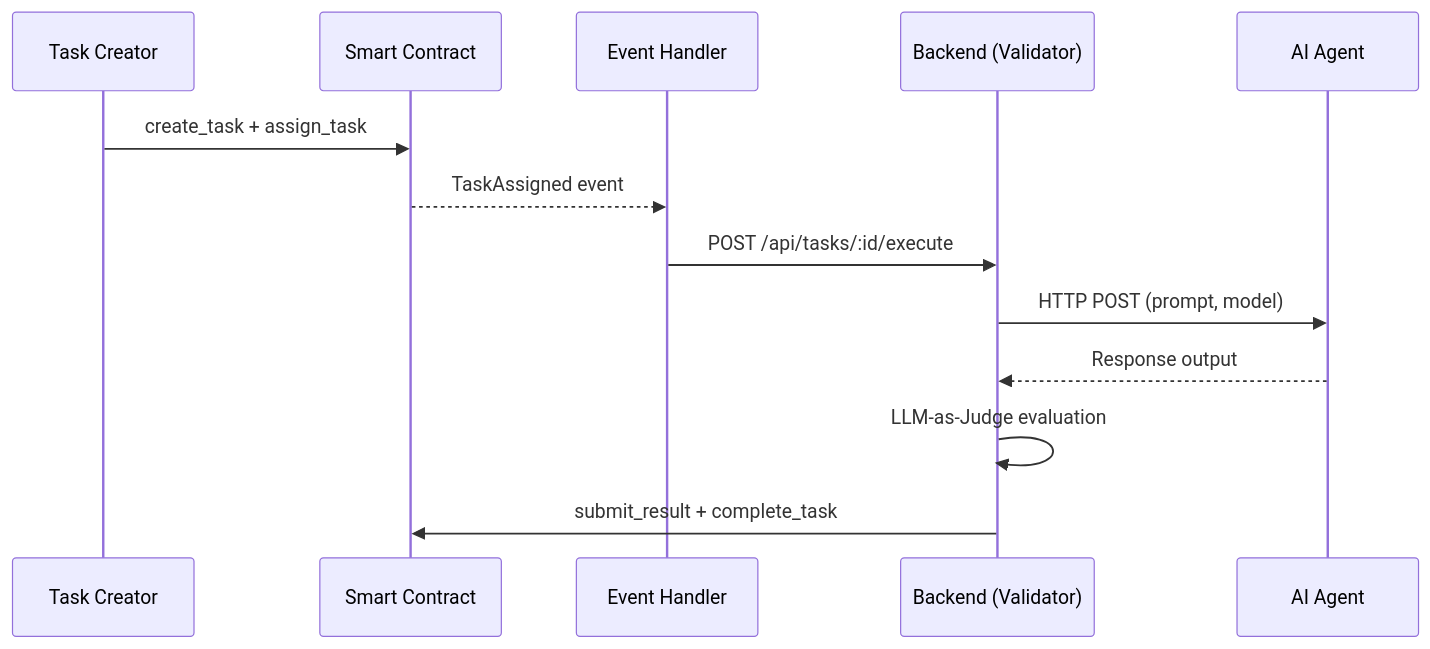
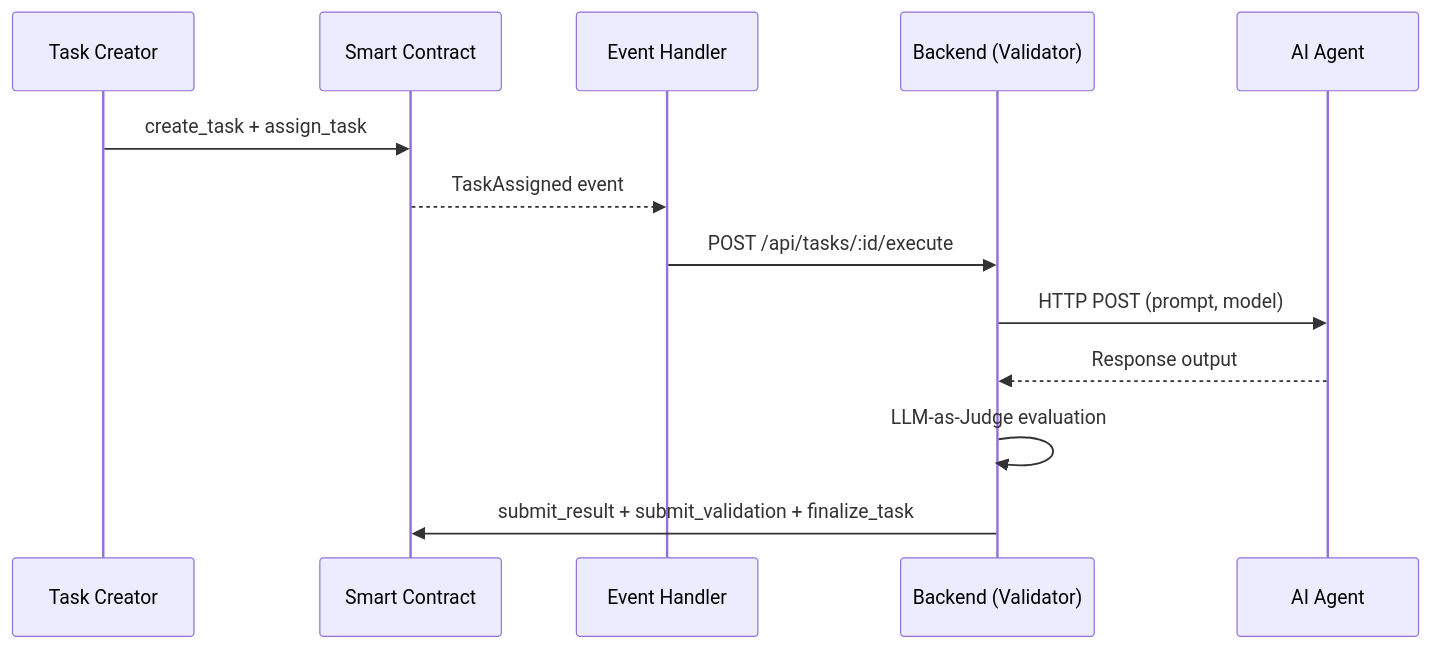
One commit to 0himera/casper-agent-network changed the first of 2 diagrams in README.md. Above: the diagram before and after it, drawn with Mermaid. The commit also changed other lines of this file and 2 other files, not shown here.

Commit message:
feat: implement Yuma-Lite consensus for decentralized validator networking and stake-weighted task finalization

````diff
--- a/README.md
+++ b/README.md
@@ -113,16 +113,16 @@
 ```mermaid
 sequenceDiagram
     participant User as Task Creator
     participant SC as Smart Contract
     participant EH as Event Handler
     participant BE as Backend (Validator)
     participant Agent as AI Agent
 
     User->>SC: create_task + assign_task
     SC-->>EH: TaskAssigned event
     EH->>BE: POST /api/tasks/:id/execute
     BE->>Agent: HTTP POST (prompt, model)
     Agent-->>BE: Response output
     BE->>BE: LLM-as-Judge evaluation
-    BE->>SC: submit_result + complete_task
+    BE->>SC: submit_result + submit_validation + finalize_task
 ```
````
